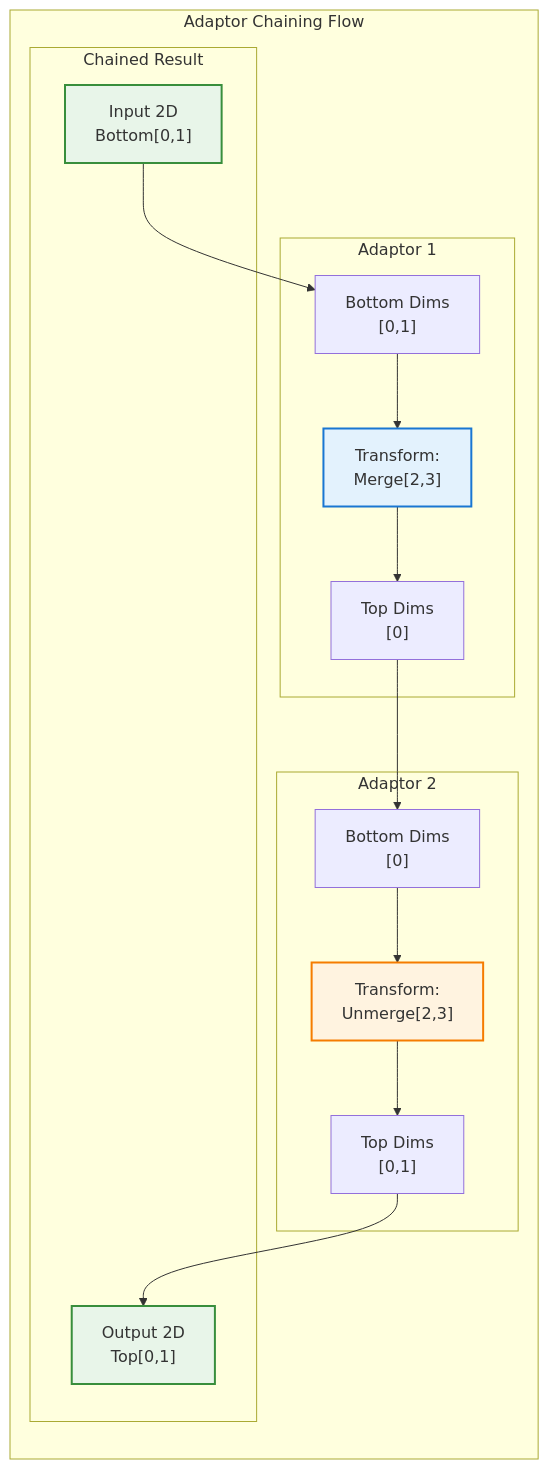
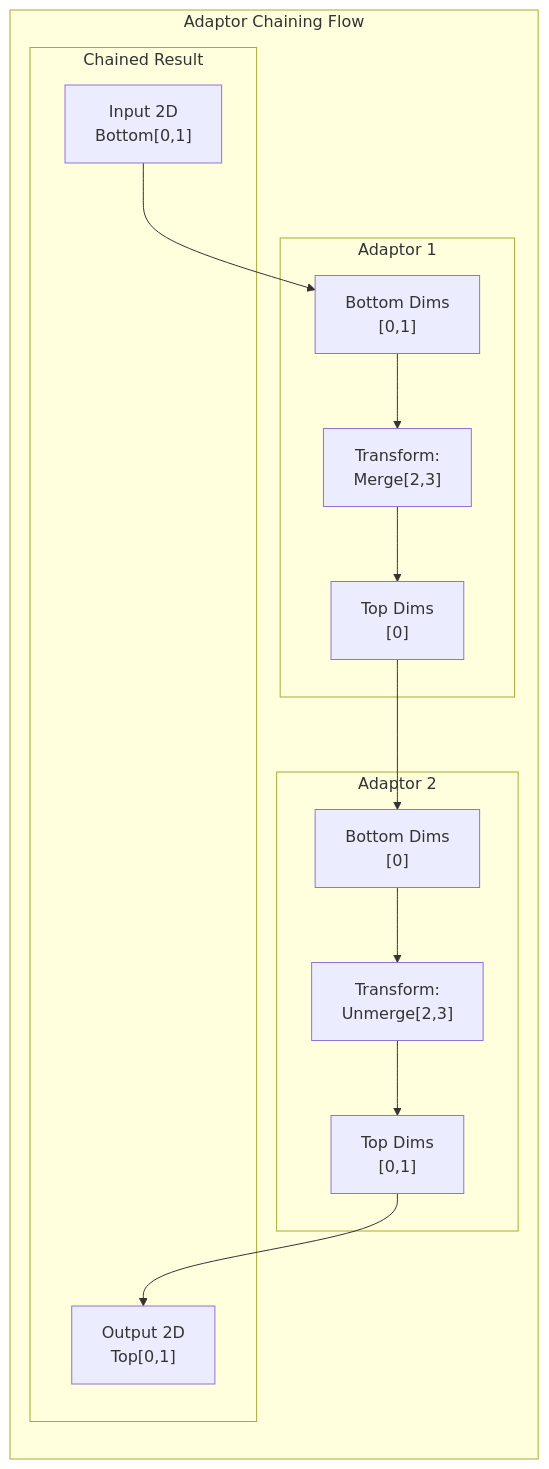
Before and after one commit to hdt98/rocm-libraries: the second of 2 diagrams in projects/composablekernel/docs/conceptual/ck_tile/adaptors.rst, drawn with Mermaid. The commit also changed other lines of this file and 21 other files, not shown here.

First line of the commit message:
[ck] Updated CK Tile documentation to use mermaid diagrams (#7955)

```diff
--- a/projects/composablekernel/docs/conceptual/ck_tile/adaptors.rst
+++ b/projects/composablekernel/docs/conceptual/ck_tile/adaptors.rst
@@ -134,35 +106,30 @@
-      .. mermaid::
-      
-         graph LR
-             subgraph "Adaptor Chaining Flow"
-                 subgraph "Adaptor 1"
-                     A1I["Bottom Dims<br/>[0,1]"]
-                     A1T["Transform:<br/>Merge[2,3]"]
-                     A1O["Top Dims<br/>[0]"]
-                 end
-                 
-                 subgraph "Adaptor 2"
-                     A2I["Bottom Dims<br/>[0]"]
-                     A2T["Transform:<br/>Unmerge[2,3]"]
-                     A2O["Top Dims<br/>[0,1]"]
-                 end
-                 
-                 subgraph "Chained Result"
-                     CI["Input 2D<br/>Bottom[0,1]"]
-                     CO["Output 2D<br/>Top[0,1]"]
-                 end
-             end
-             
-             A1I --> A1T
-             A1T --> A1O
-             A1O --> A2I
-             A2I --> A2T
-             A2T --> A2O
-             
-             CI --> A1I
-             A2O --> CO
-             
-             style A1T fill:#e3f2fd,stroke:#1976d2,stroke-width:2px
-             style A2T fill:#fff3e0,stroke:#f57c00,stroke-width:2px
-             style CI fill:#e8f5e9,stroke:#388e3c,stroke-width:2px
-             style CO fill:#e8f5e9,stroke:#388e3c,stroke-width:2px
+.. mermaid::
+
+   graph LR
+       subgraph "Adaptor Chaining Flow"
+           subgraph "Adaptor 1"
+               A1I["Bottom Dims<br/>[0,1]"]
+               A1T["Transform:<br/>Merge[2,3]"]
+               A1O["Top Dims<br/>[0]"]
+           end
+
+           subgraph "Adaptor 2"
+               A2I["Bottom Dims<br/>[0]"]
+               A2T["Transform:<br/>Unmerge[2,3]"]
+               A2O["Top Dims<br/>[0,1]"]
+           end
+
+           subgraph "Chained Result"
+               CI["Input 2D<br/>Bottom[0,1]"]
+               CO["Output 2D<br/>Top[0,1]"]
+           end
+       end
+
+       A1I --> A1T
+       A1T --> A1O
+       A1O --> A2I
+       A2I --> A2T
+       A2T --> A2O
+
+       CI --> A1I
+       A2O --> CO
```
